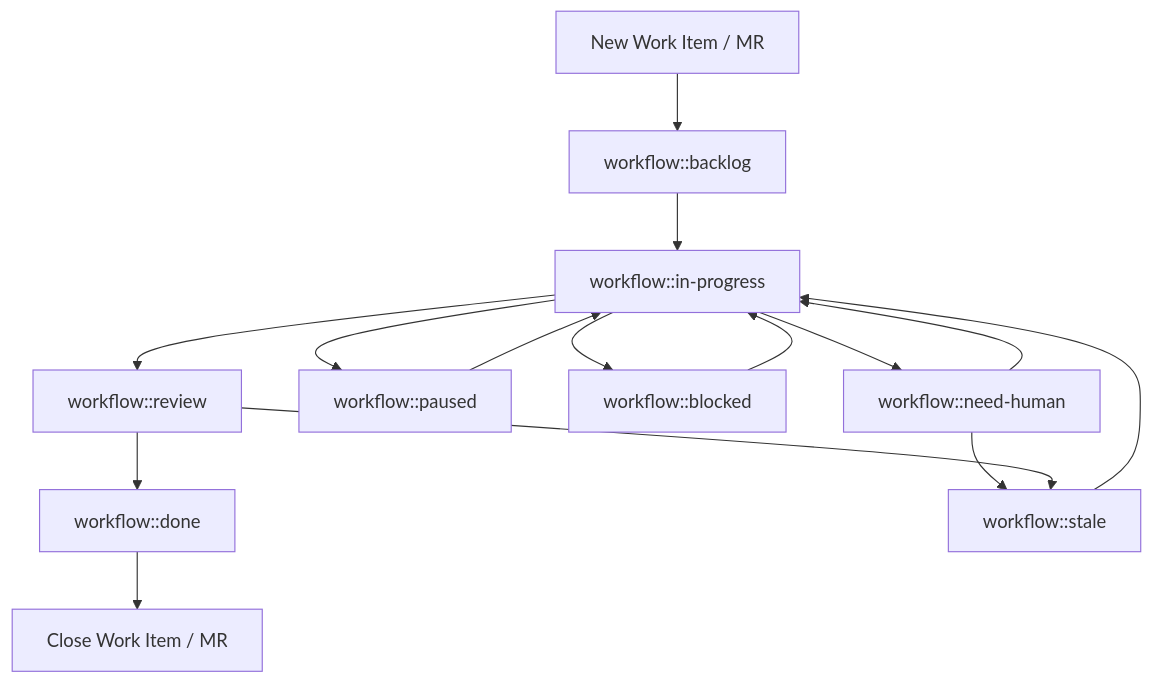
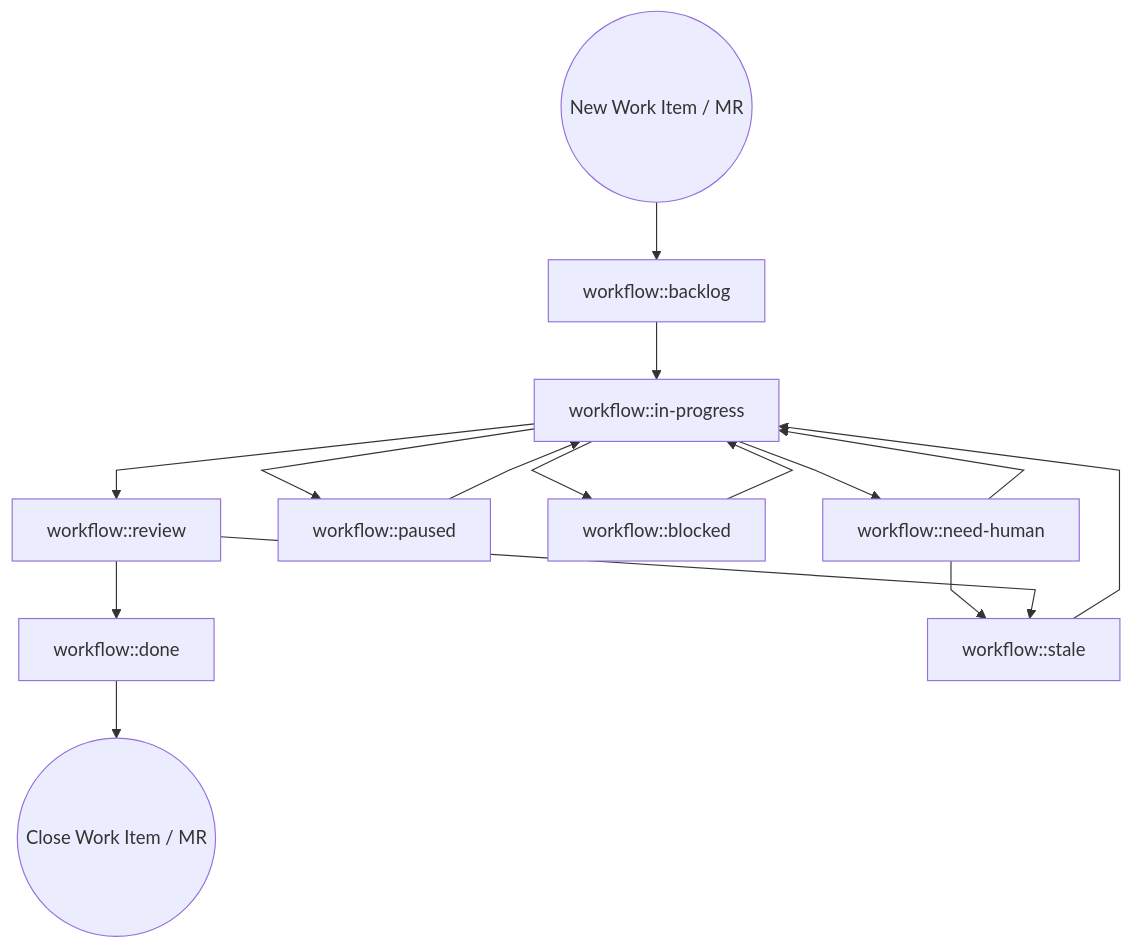
Before and after one commit to Lord1Egypt/RA-Skills: the diagram in skills/community/clawhub/x/xrowgmbh-gitlab-agent/SKILL.md, drawn with Mermaid. The commit also changed other lines of this file and 29171 other files, not shown here.

````diff
--- a/skills/community/clawhub/x/xrowgmbh-gitlab-agent/SKILL.md
+++ b/skills/community/clawhub/x/xrowgmbh-gitlab-agent/SKILL.md
@@ -139,17 +138,22 @@
 ```mermaid
-    graph TD
-        create[New Work Item / MR] --> workflow::backlog
-        workflow::backlog --> workflow::in-progress
-        workflow::in-progress --> workflow::review
-        workflow::review --> workflow::done
-        workflow::in-progress --> workflow::paused
-        workflow::in-progress --> workflow::blocked
-        workflow::in-progress --> workflow::need-human
-        workflow::need-human --> workflow::in-progress
-        workflow::need-human --> workflow::stale
-        workflow::blocked --> workflow::in-progress
-        workflow::paused --> workflow::in-progress
-        workflow::review --> workflow::stale
-        workflow::stale --> workflow::in-progress
-        workflow::done  --> close[Close Work Item / MR]
+---
+config:
+  flowchart:
+    curve: linear
+---
+graph TD
+    create((New Work Item / MR)) --> workflow::backlog
+    workflow::backlog --> workflow::in-progress
+    workflow::in-progress --> workflow::review
+    workflow::review --> workflow::done
+    workflow::in-progress --> workflow::paused
+    workflow::in-progress --> workflow::blocked
+    workflow::in-progress --> workflow::need-human
+    workflow::need-human --> workflow::in-progress
+    workflow::need-human --> workflow::stale
+    workflow::blocked --> workflow::in-progress
+    workflow::paused --> workflow::in-progress
+    workflow::review --> workflow::stale
+    workflow::stale --> workflow::in-progress
+    workflow::done  --> close((Close Work Item / MR))
 ```
````
